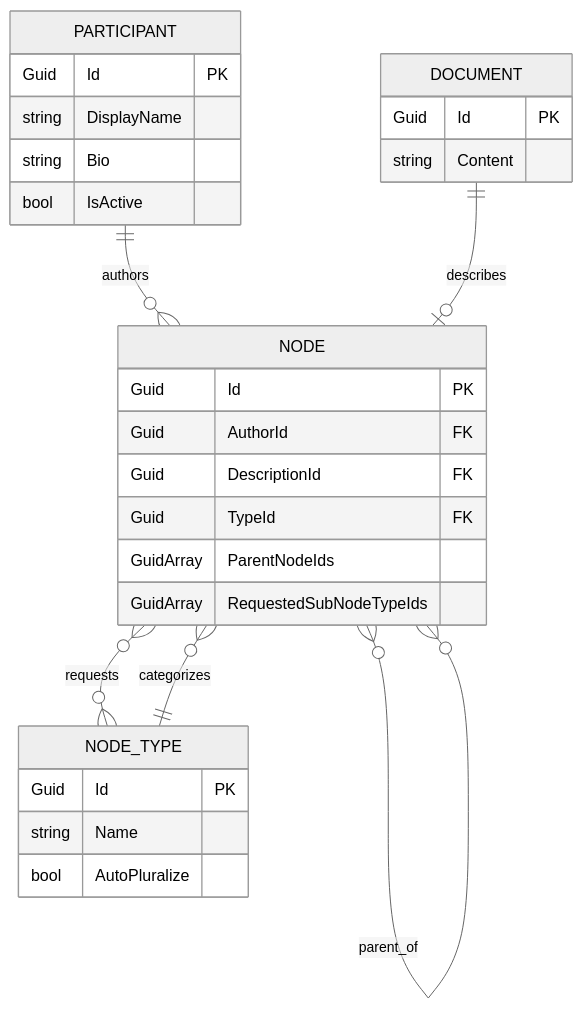
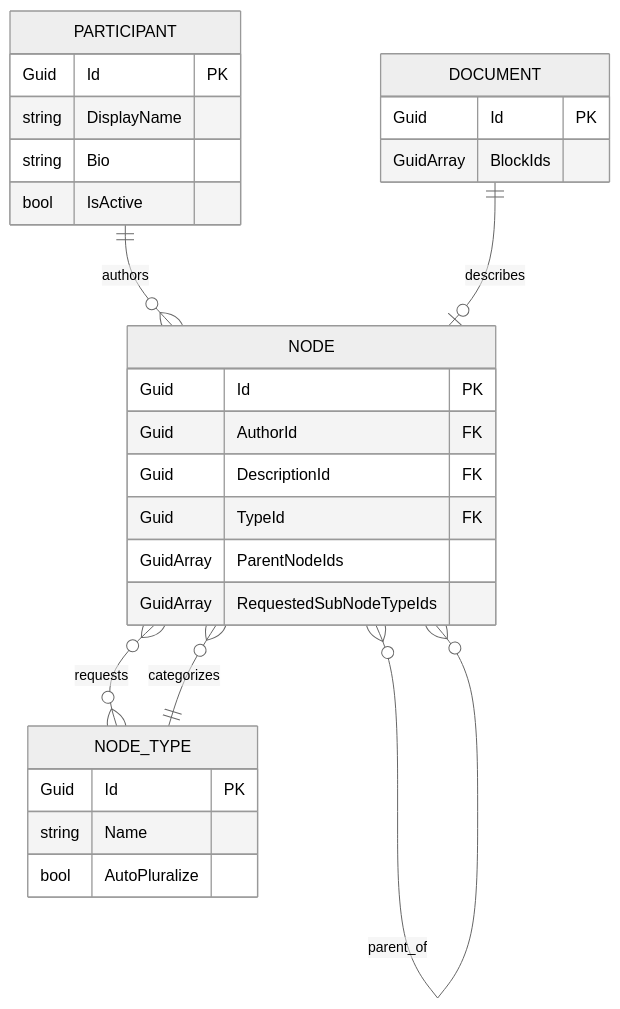
One commit to williamowen65/atlas-the-public-think-tank changed the second of 5 diagrams in src/Atlas.Console/README.md. Above: the diagram before and after it, drawn with Mermaid (neutral theme). The commit also changed other lines of this file and 41 other files, not shown here.

Commit message:
docs: align blackboards and architecture with SQL Server persistence

````diff
--- a/src/Atlas.Console/README.md
+++ b/src/Atlas.Console/README.md
@@ -55,35 +55,35 @@
 ```mermaid
 erDiagram
     PARTICIPANT ||--o{ NODE : authors
     DOCUMENT ||--o| NODE : describes
     NODE_TYPE ||--o{ NODE : categorizes
     NODE }o--o{ NODE_TYPE : requests
     NODE }o--o{ NODE : parent_of
 
     PARTICIPANT {
         Guid Id PK
         string DisplayName
         string Bio
         bool IsActive
     }
 
     NODE {
         Guid Id PK
         Guid AuthorId FK
         Guid DescriptionId FK
         Guid TypeId FK
         GuidArray ParentNodeIds
         GuidArray RequestedSubNodeTypeIds
     }
 
     DOCUMENT {
         Guid Id PK
-        string Content
+        GuidArray BlockIds
     }
 
     NODE_TYPE {
         Guid Id PK
         string Name
         bool AutoPluralize
     }
 ```
````
